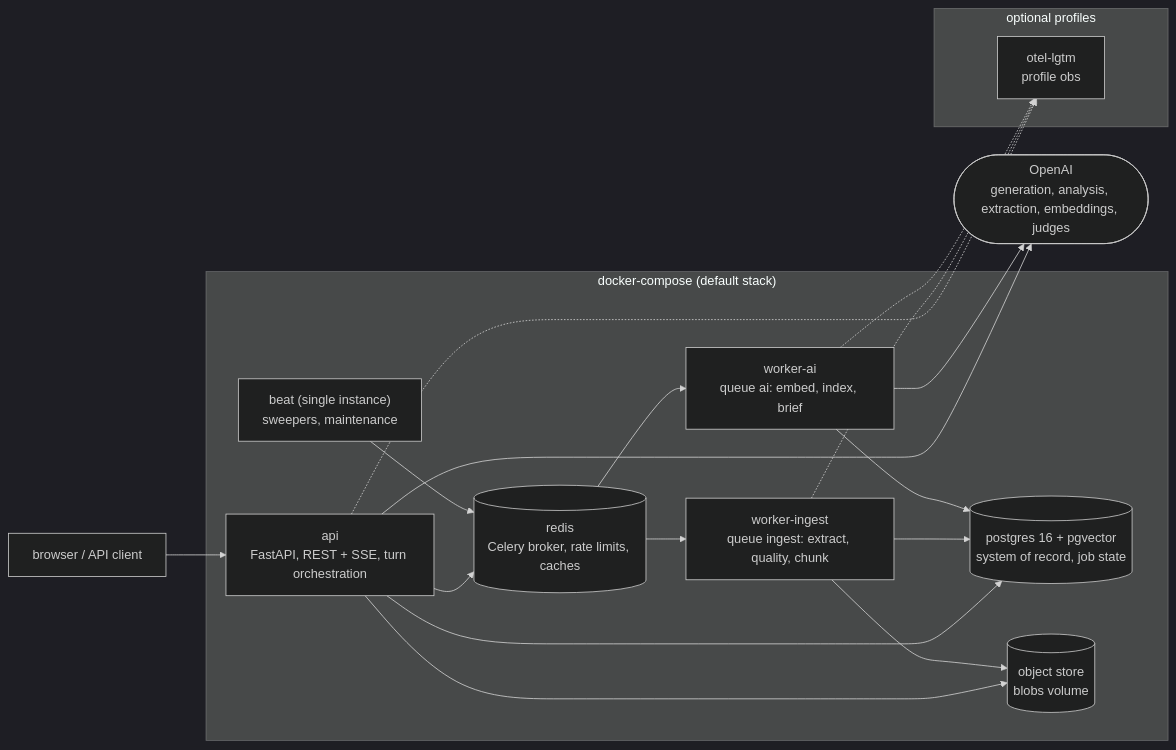
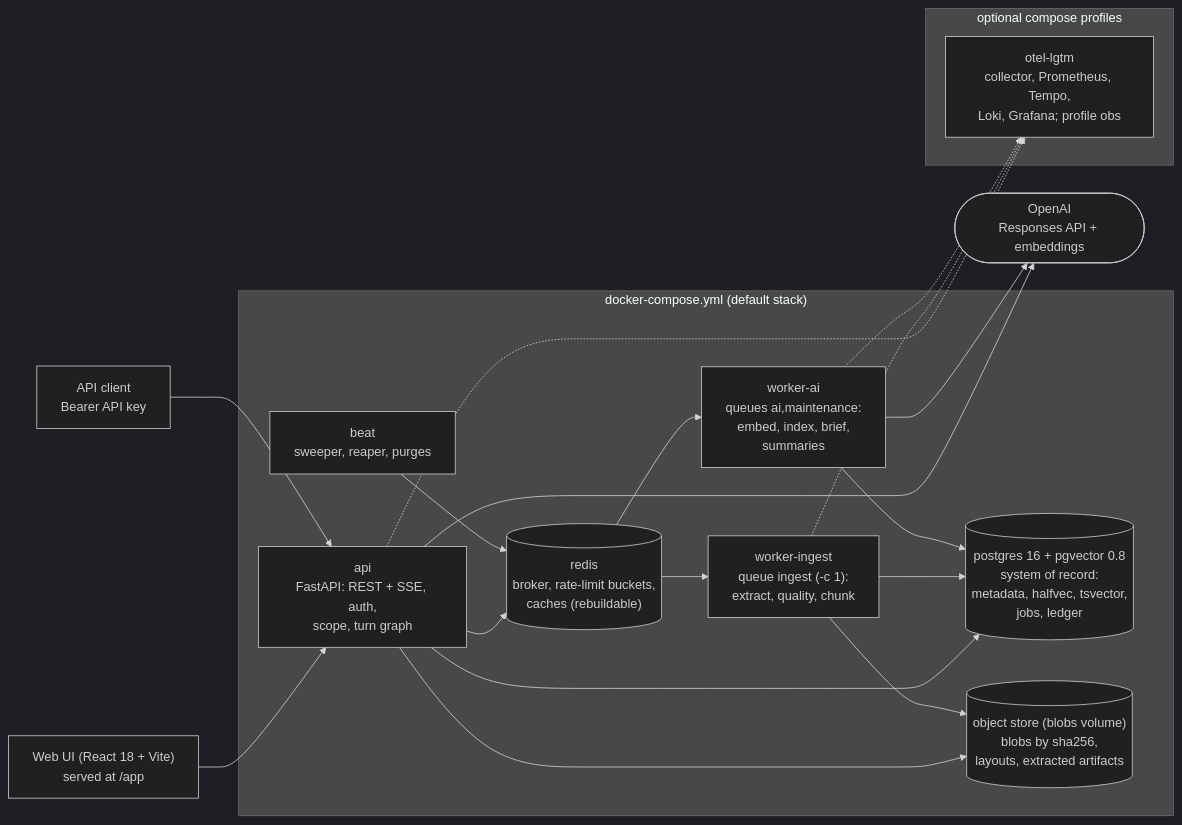
Before and after one commit to Madhav2310/Vault-System: the diagram in docs/img/topology.mmd, drawn with Mermaid (dark theme). The commit also changed 11 other files, not shown here.

```diff
--- a/docs/img/topology.mmd
+++ b/docs/img/topology.mmd
@@ -1,30 +1,32 @@
 flowchart LR
-    client["browser / API client"]
-    subgraph compose["docker-compose (default stack)"]
-        api["api<br/>FastAPI, REST + SSE, turn orchestration"]
-        wi["worker-ingest<br/>queue ingest: extract, quality, chunk"]
-        wa["worker-ai<br/>queue ai: embed, index, brief"]
-        beat["beat (single instance)<br/>sweepers, maintenance"]
-        pg[("postgres 16 + pgvector<br/>system of record, job state")]
-        redis[("redis<br/>Celery broker, rate limits, caches")]
-        blobs[("object store<br/>blobs volume")]
+    ui["Web UI (React 18 + Vite)<br/>served at /app"]
+    client["API client<br/>Bearer API key"]
+    subgraph compose["docker-compose.yml (default stack)"]
+        api["api<br/>FastAPI: REST + SSE, auth,<br/>scope, turn graph"]
+        wi["worker-ingest<br/>queue ingest (-c 1):<br/>extract, quality, chunk"]
+        wa["worker-ai<br/>queues ai,maintenance:<br/>embed, index, brief,<br/>summaries"]
+        beat["beat<br/>sweeper, reaper, purges"]
+        pg[("postgres 16 + pgvector 0.8<br/>system of record:<br/>metadata, halfvec, tsvector,<br/>jobs, ledger")]
+        redis[("redis<br/>broker, rate-limit buckets,<br/>caches (rebuildable)")]
+        blobs[("object store (blobs volume)<br/>blobs by sha256,<br/>layouts, extracted artifacts")]
     end
-    subgraph optional["optional profiles"]
-        obs["otel-lgtm<br/>profile obs"]
+    subgraph optional["optional compose profiles"]
+        obs["otel-lgtm<br/>collector, Prometheus, Tempo,<br/>Loki, Grafana; profile obs"]
     end
-    openai(["OpenAI<br/>generation, analysis, extraction, embeddings, judges"])
+    openai(["OpenAI<br/>Responses API + embeddings"])
+    ui --> api
     client --> api
     api --> pg
     api --> redis
     api --> blobs
     api --> openai
     redis --> wi
     redis --> wa
     beat --> redis
     wi --> pg
     wi --> blobs
     wa --> pg
     wa --> openai
     api -.-> obs
     wi -.-> obs
     wa -.-> obs
```
